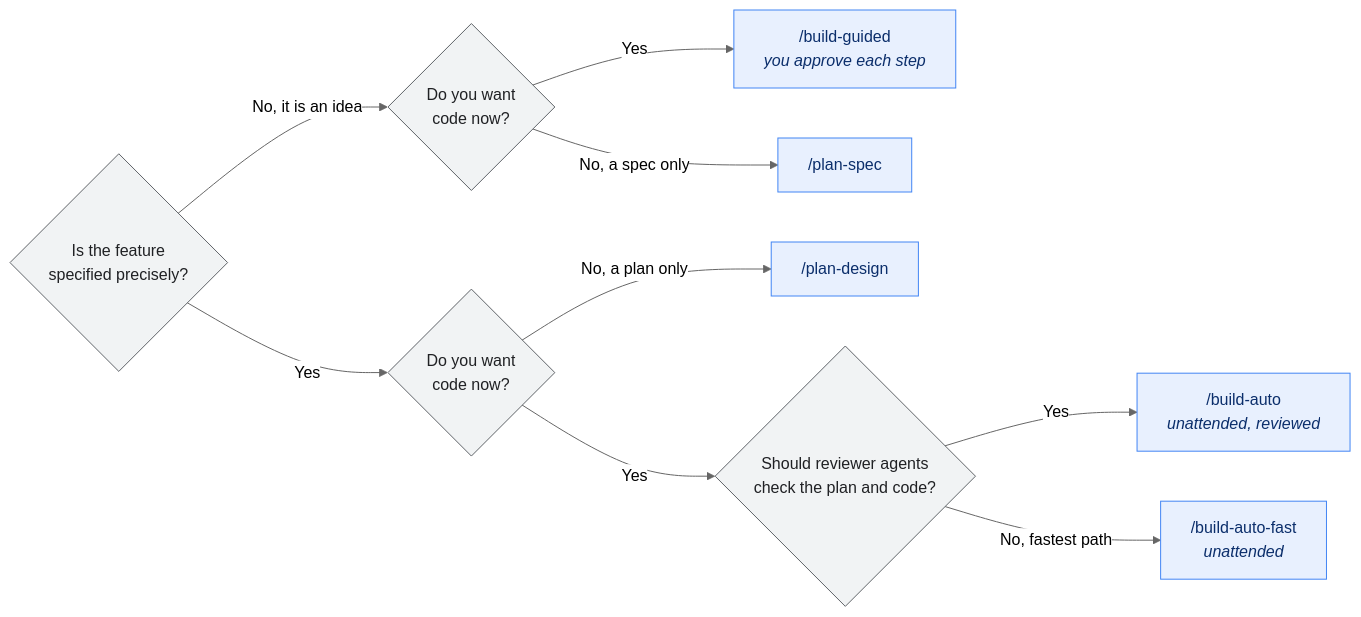
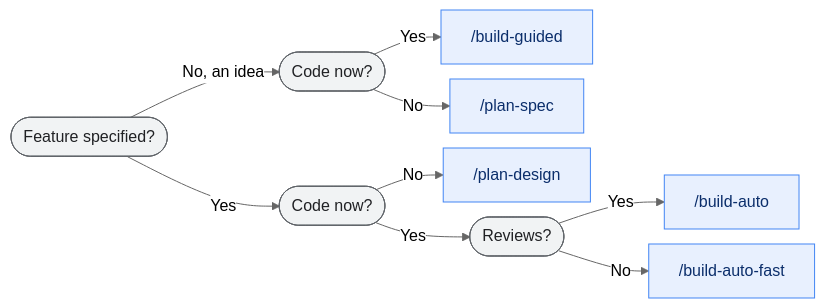
The second of 2 diagrams in README.md (jaxvy/agentic-dev-team), drawn with Mermaid (neutral theme) before and after one commit. The commit also changed other lines of this file, not shown here.

````diff
--- a/README.md
+++ b/README.md
@@ -142,17 +140,17 @@
 ```mermaid
+%%{init: {"flowchart": {"rankSpacing": 30, "nodeSpacing": 15}}}%%
 flowchart LR
-  Q1{"Is the feature<br/>specified precisely?"}
-  Q1 -- "No, it is an idea" --> Q2{"Do you want<br/>code now?"}
-  Q2 -- "Yes" --> G["/build-guided<br/><i>you approve each step</i>"]
-  Q2 -- "No, a spec only" --> PRS["/plan-spec"]
-  Q1 -- "Yes" --> Q3{"Do you want<br/>code now?"}
-  Q3 -- "No, a plan only" --> PD["/plan-design"]
-  Q3 -- "Yes" --> Q4{"Should reviewer agents<br/>check the plan and code?"}
-  Q4 -- "Yes" --> AR["/build-auto<br/><i>unattended, reviewed</i>"]
-  Q4 -- "No, fastest path" --> AU["/build-auto-fast<br/><i>unattended</i>"]
+  Q1(["Feature specified?"]) -- "No, an idea" --> Q2(["Code now?"])
+  Q2 -- "Yes" --> G["/build-guided"]
+  Q2 -- "No" --> PS["/plan-spec"]
+  Q1 -- "Yes" --> Q3(["Code now?"])
+  Q3 -- "No" --> PD["/plan-design"]
+  Q3 -- "Yes" --> Q4(["Reviews?"])
+  Q4 -- "Yes" --> AU["/build-auto"]
+  Q4 -- "No" --> AF["/build-auto-fast"]
 
   classDef cmd fill:#E8F0FE,stroke:#4285F4,color:#0B2E6B
   classDef ask fill:#F1F3F4,stroke:#5F6368,color:#202124
-  class G,PRS,PD,AR,AU cmd
+  class G,PS,PD,AU,AF cmd
   class Q1,Q2,Q3,Q4 ask
 ```
````
